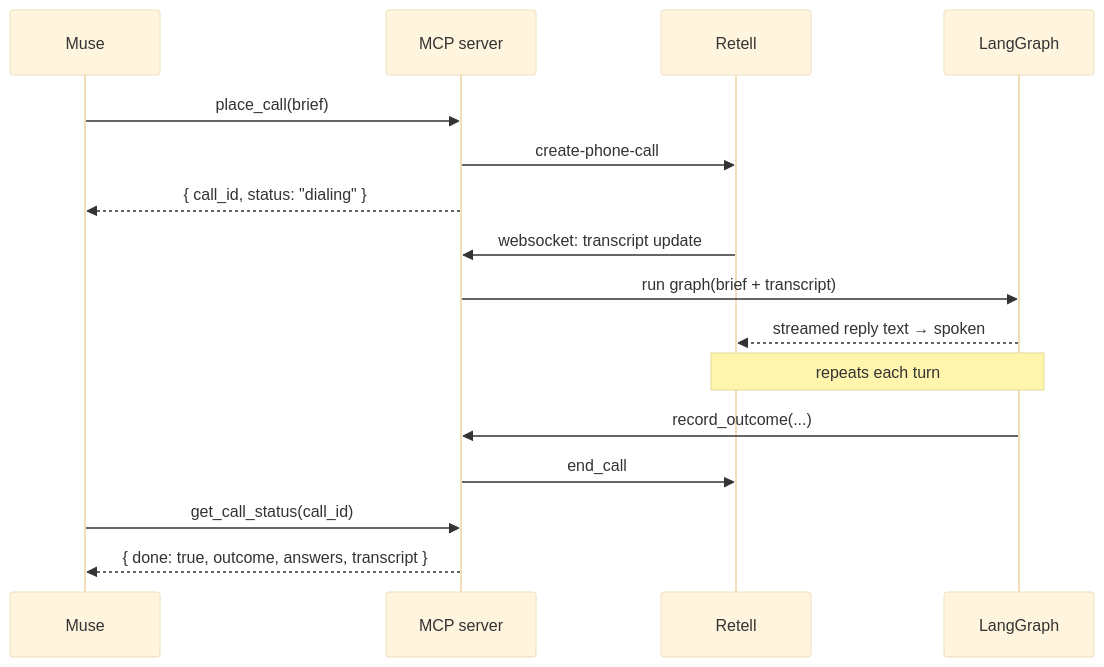
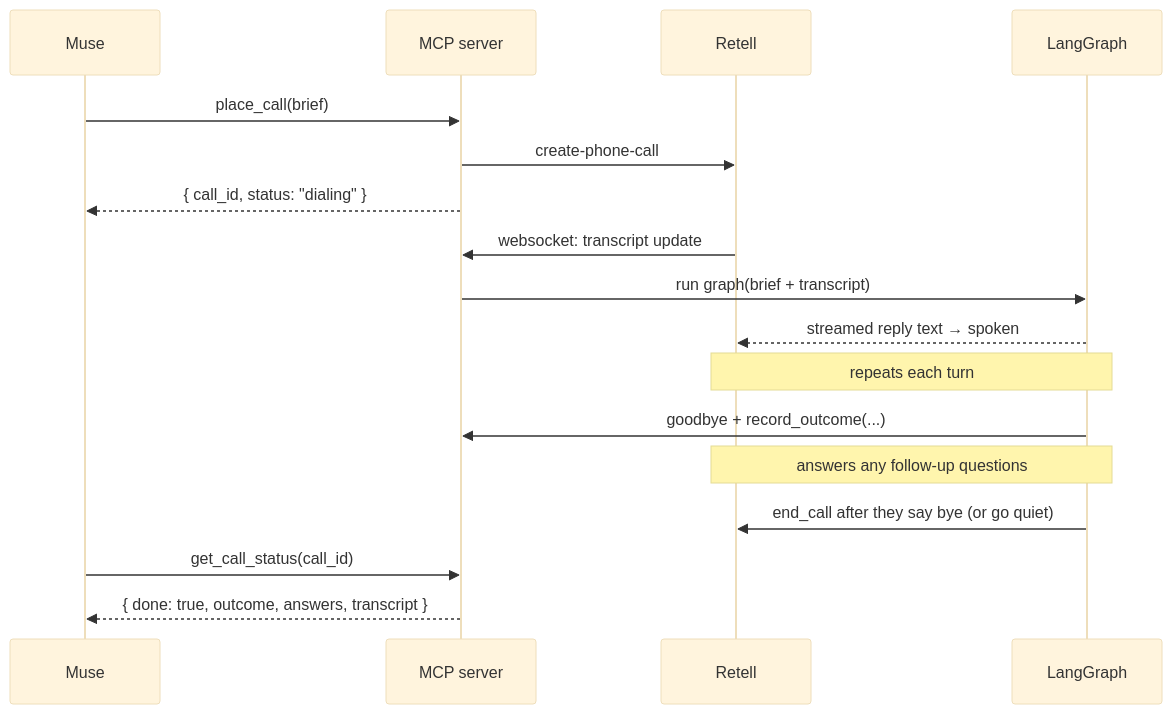
Before and after one commit to angilyu/muse-voice-agent: the second of 2 diagrams in README.md, drawn with Mermaid (base theme). The commit also changed other lines of this file and 20 other files, not shown here.

````diff
--- a/README.md
+++ b/README.md
@@ -69,18 +75,19 @@
 ```mermaid
 sequenceDiagram
     participant M as Muse
     participant S as MCP server
     participant R as Retell
     participant G as LangGraph
     M->>S: place_call(brief)
     S->>R: create-phone-call
     S-->>M: { call_id, status: "dialing" }
     R->>S: websocket: transcript update
     S->>G: run graph(brief + transcript)
     G-->>R: streamed reply text → spoken
     Note over R,G: repeats each turn
-    G->>S: record_outcome(...)
-    S->>R: end_call
+    G->>S: goodbye + record_outcome(...)
+    Note over R,G: answers any follow-up questions
+    G->>R: end_call after they say bye (or go quiet)
     M->>S: get_call_status(call_id)
     S-->>M: { done: true, outcome, answers, transcript }
 ```
````
